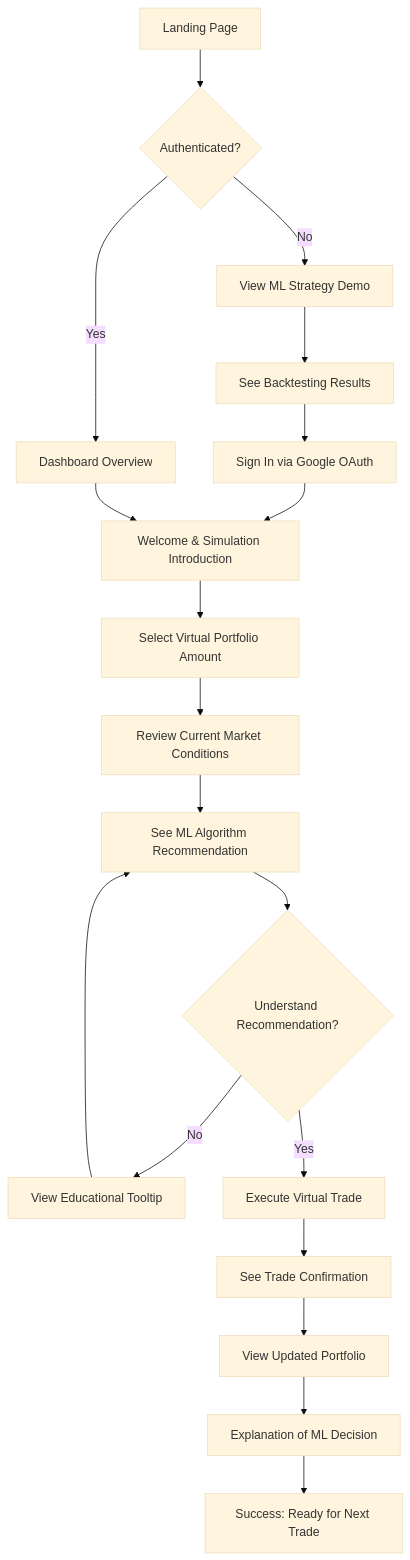
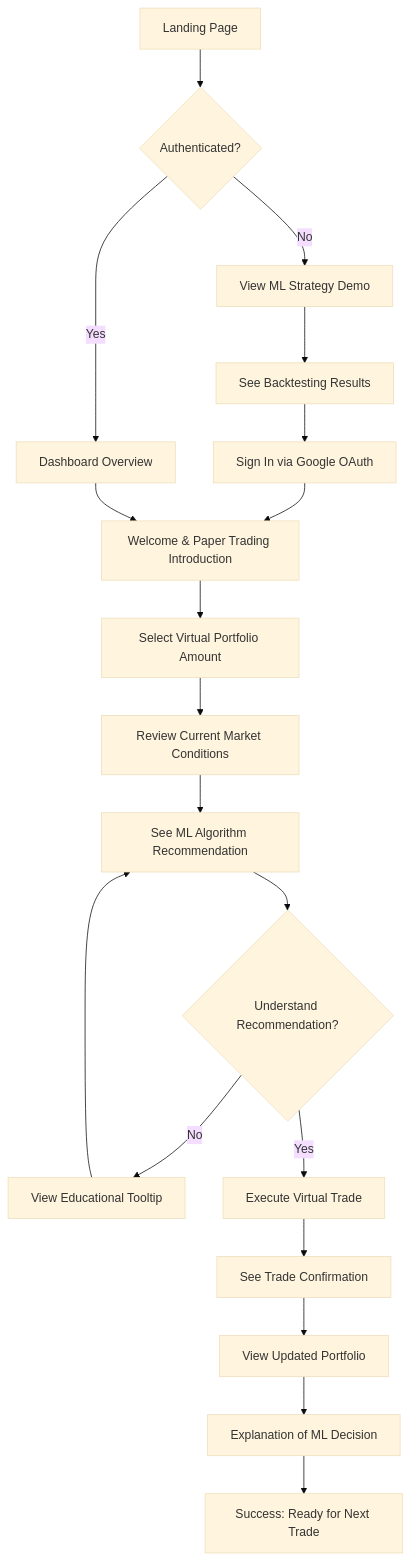
The second of 2 diagrams in docs/front-end-spec.md (alexliao/tiris-portal), drawn with Mermaid (base theme) before and after one commit. The commit also changed other lines of this file and 15 other files, not shown here.

First line of the commit message:
refactor: rename simulation trading to paper trading throughout codebase

````diff
--- a/docs/front-end-spec.md
+++ b/docs/front-end-spec.md
@@ -137,25 +137,25 @@
 ```mermaid
 graph TD
     A[Landing Page] --> B{Authenticated?}
     B -->|No| C[View ML Strategy Demo]
     B -->|Yes| D[Dashboard Overview]
     
     C --> E[See Backtesting Results]
     E --> F[Sign In via Google OAuth]
-    F --> G[Welcome & Simulation Introduction]
+    F --> G[Welcome & Paper Trading Introduction]
     
     D --> G
     G --> H[Select Virtual Portfolio Amount]
     H --> I[Review Current Market Conditions]
     I --> J[See ML Algorithm Recommendation]
     
     J --> K{Understand Recommendation?}
     K -->|No| L[View Educational Tooltip]
     L --> J
     K -->|Yes| M[Execute Virtual Trade]
     
     M --> N[See Trade Confirmation]
     N --> O[View Updated Portfolio]
     O --> P[Explanation of ML Decision]
     P --> Q[Success: Ready for Next Trade]
 ```
````
